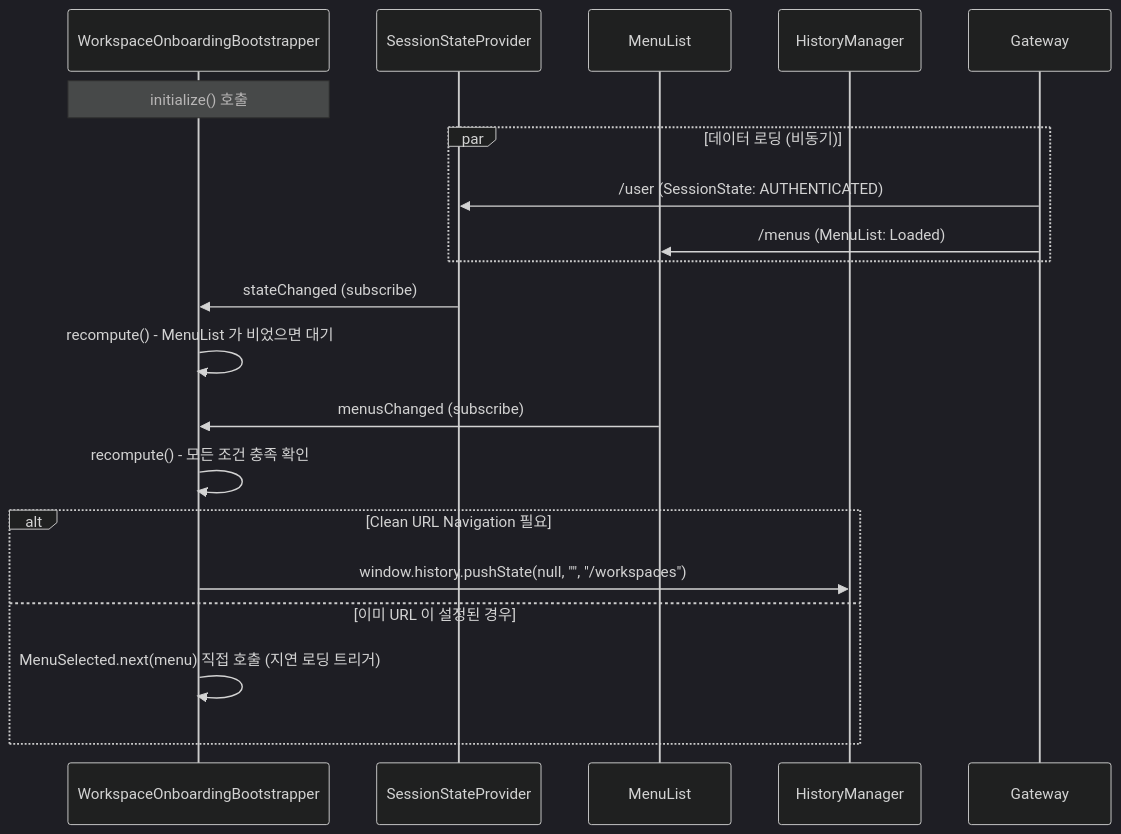
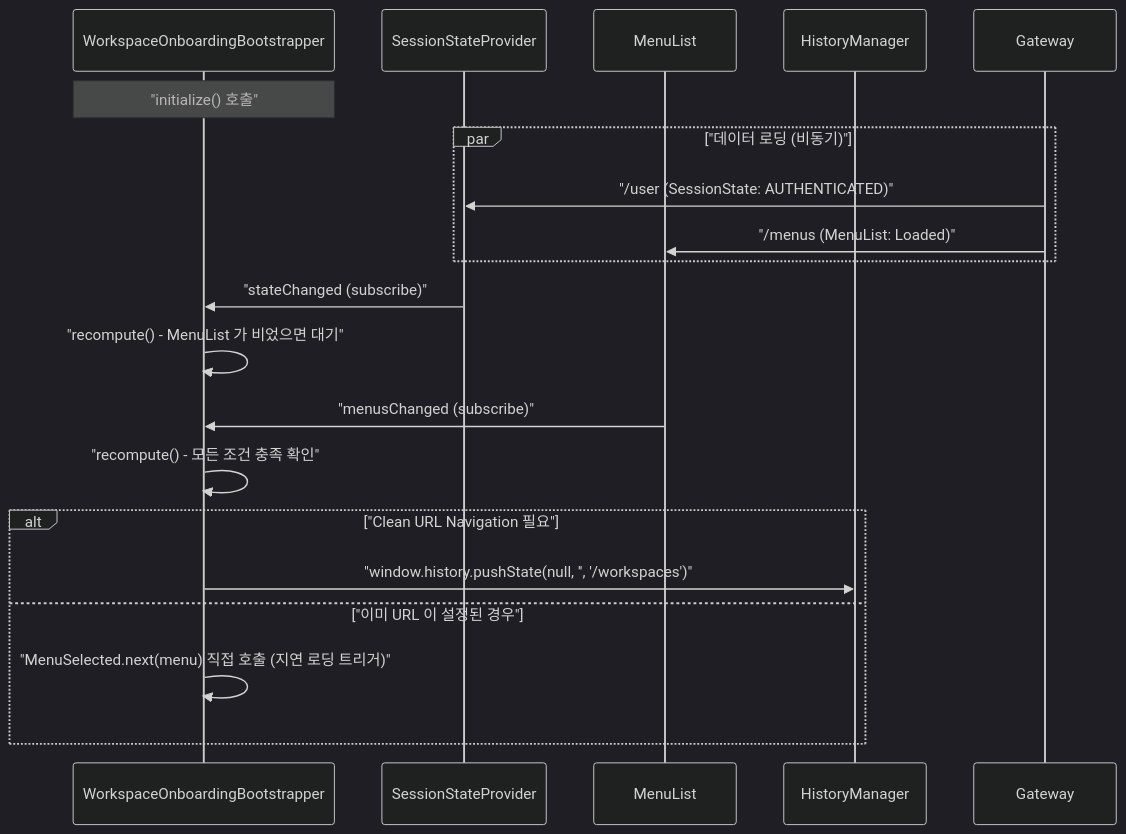
Before and after one commit to sayaya1090/handbook: the third of 11 diagrams in docs/architecture.md, drawn with Mermaid (dark theme). The commit also changed other lines of this file and 22 other files, not shown here.

First line of the commit message:
docs: Mermaid 다이어그램 렌더링 오류 수정을 위한 구문 전수 교정

````diff
--- a/docs/architecture.md
+++ b/docs/architecture.md
@@ -170,25 +170,25 @@
 ```mermaid
 sequenceDiagram
     participant B as WorkspaceOnboardingBootstrapper
     participant S as SessionStateProvider
     participant M as MenuList
     participant H as HistoryManager
 
-    Note over B: initialize() 호출
-    par 데이터 로딩 (비동기)
-        Gateway->>S: /user (SessionState: AUTHENTICATED)
-        Gateway->>M: /menus (MenuList: Loaded)
+    Note over B: "initialize() 호출"
+    par "데이터 로딩 (비동기)"
+        Gateway->>S: "/user (SessionState: AUTHENTICATED)"
+        Gateway->>M: "/menus (MenuList: Loaded)"
     end
 
-    S->>B: stateChanged (subscribe)
-    B->>B: recompute() - MenuList 가 비었으면 대기
+    S->>B: "stateChanged (subscribe)"
+    B->>B: "recompute() - MenuList 가 비었으면 대기"
     
-    M->>B: menusChanged (subscribe)
-    B->>B: recompute() - 모든 조건 충족 확인
+    M->>B: "menusChanged (subscribe)"
+    B->>B: "recompute() - 모든 조건 충족 확인"
 
-    alt Clean URL Navigation 필요
-        B->>H: window.history.pushState(null, "", "/workspaces")
-    else 이미 URL 이 설정된 경우
-        B->>B: MenuSelected.next(menu) 직접 호출 (지연 로딩 트리거)
+    alt "Clean URL Navigation 필요"
+        B->>H: "window.history.pushState(null, '', '/workspaces')"
+    else "이미 URL 이 설정된 경우"
+        B->>B: "MenuSelected.next(menu) 직접 호출 (지연 로딩 트리거)"
     end
 ```
````
